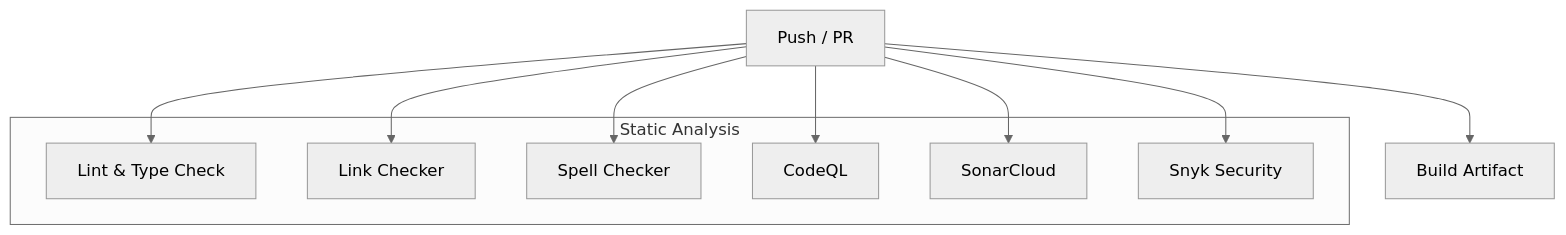
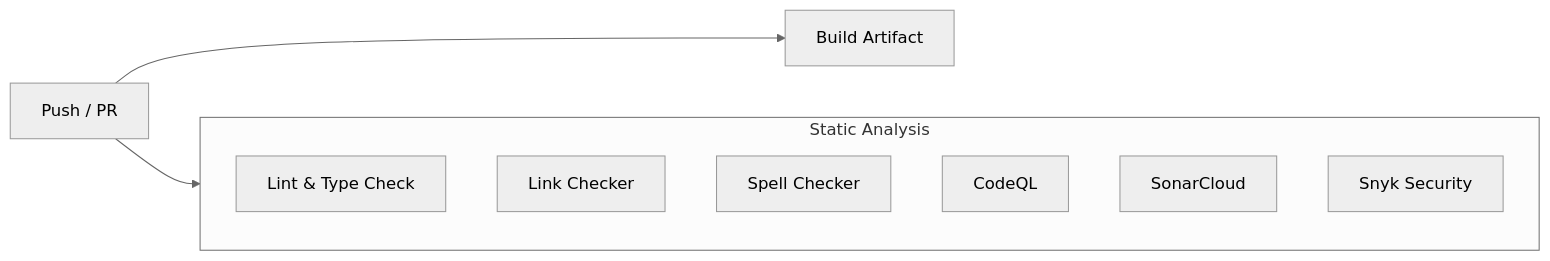
The second of 3 diagrams in README.md (jmrplens/jmrp.io), drawn with Mermaid (neutral theme) before and after one commit. The commit also changed other lines of this file, not shown here.

Commit message:
docs: adjust ci diagram orientations and add validation details

````diff
--- a/README.md
+++ b/README.md
@@ -144,22 +144,15 @@
 ```mermaid
-graph TD
-    Trigger[Push / PR]
+graph LR
+    Trigger[Push / PR] --> SA[Static Analysis]
+    Trigger --> Build[Build Artifact]
 
-    subgraph "Static Analysis"
+    subgraph SA [Static Analysis]
+        direction TB
         Lint[Lint & Type Check]
         Links[Link Checker]
         Spell[Spell Checker]
         CodeQL
         Sonar[SonarCloud]
         Snyk[Snyk Security]
     end
-
-    Trigger --> Lint
-    Trigger --> Links
-    Trigger --> Spell
-    Trigger --> CodeQL
-    Trigger --> Sonar
-    Trigger --> Snyk
-
-    Trigger --> Build[Build Artifact]
 ```
````
